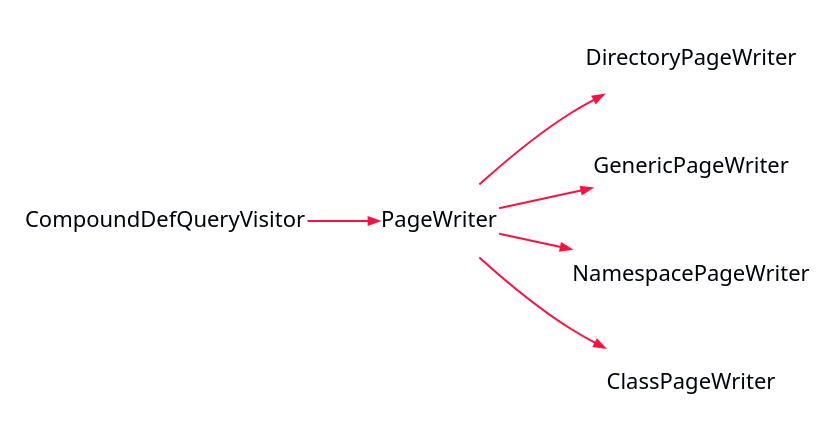
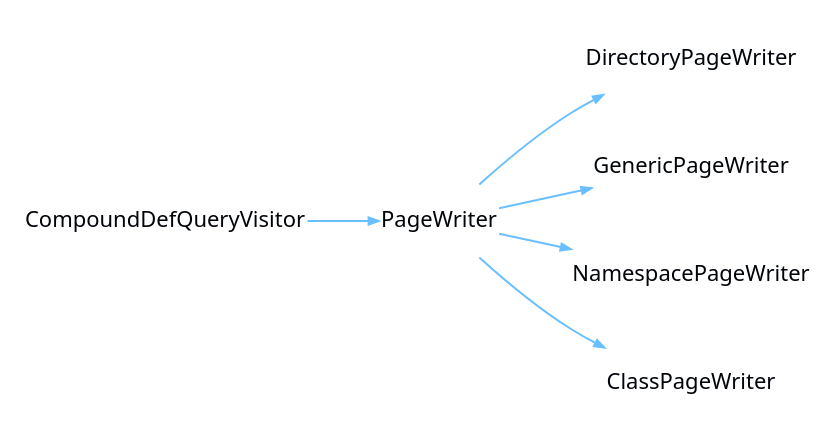
Before and after one commit to CharlesCarley/MdDox: the diagram in Current/images/internal-diagram-44.dot, drawn with Graphviz. The commit also changed 124 other files, not shown here.

```diff
--- a/Current/images/internal-diagram-44.dot
+++ b/Current/images/internal-diagram-44.dot
@@ -1,62 +1,62 @@
 digraph {
  rankdir = "LR"
  bgcolor = none;
  layout  = dot;
  edge [
    arrowsize = "0.5"
-   color     = "#FF1040FF"
+   color     = "#69BFFFFF"
  ]
- dxBLfGf[
+ qFEwf2Z[
    shape    = none
    label    = "CompoundDefQueryVisitor"
    margin   = "0.01"
    fontname = "Segoe UI"
    fontsize = "11"
    fontcolor= "#010509FF"
  ]
- dFBLfGf[
+ D4xwf2Z[
    shape    = none
    label    = "PageWriter"
    margin   = "0.01"
    fontname = "Segoe UI"
    fontsize = "11"
    fontcolor= "#010509FF"
  ]
- dBKLfGf[
+ DqEwf2Z[
    shape    = none
    label    = "DirectoryPageWriter"
    margin   = "0.01"
    fontname = "Segoe UI"
    fontsize = "11"
    fontcolor= "#010509FF"
  ]
- WE6LfGf[
+ qZ7wf2Z[
    shape    = none
    label    = "GenericPageWriter"
    margin   = "0.01"
    fontname = "Segoe UI"
    fontsize = "11"
    fontcolor= "#010509FF"
  ]
- d2tLfGf[
+ D3xwf2Z[
    shape    = none
    label    = "NamespacePageWriter"
    margin   = "0.01"
    fontname = "Segoe UI"
    fontsize = "11"
    fontcolor= "#010509FF"
  ]
- W8BLfGf[
+ q1swf2Z[
    shape    = none
    label    = "ClassPageWriter"
    margin   = "0.01"
    fontname = "Segoe UI"
    fontsize = "11"
    fontcolor= "#010509FF"
  ]
- dFBLfGf->dBKLfGf
- dFBLfGf->WE6LfGf
- dFBLfGf->d2tLfGf
- dFBLfGf->W8BLfGf
- dxBLfGf->dFBLfGf
+ D4xwf2Z->DqEwf2Z
+ D4xwf2Z->qZ7wf2Z
+ D4xwf2Z->D3xwf2Z
+ D4xwf2Z->q1swf2Z
+ qFEwf2Z->D4xwf2Z
 }
```
